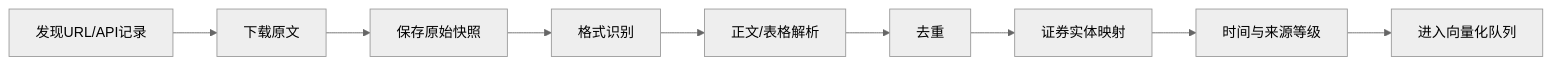
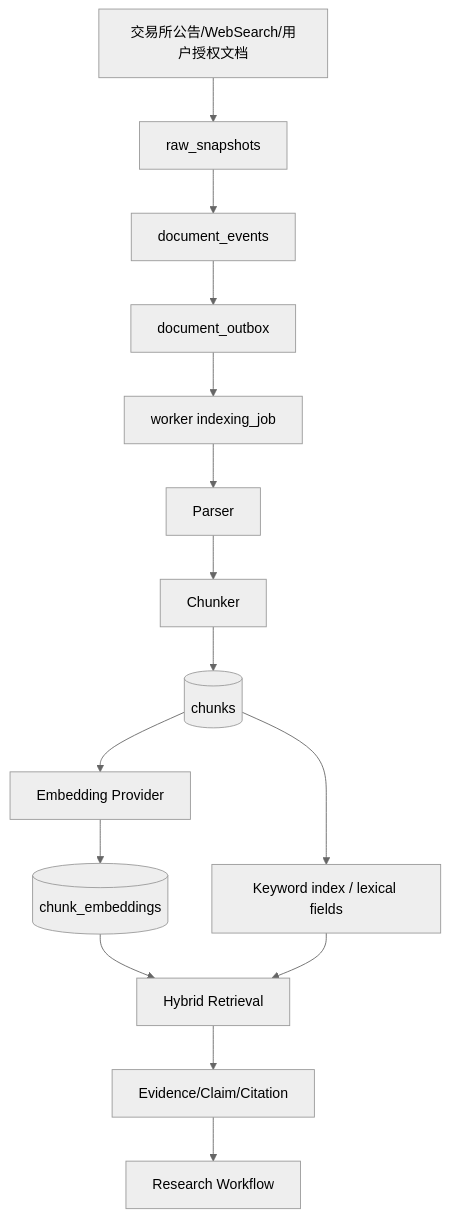
One commit to RickyW0529/Margin changed the sixth of 10 diagrams in docs/design/v0.1/architecture/Margin_架构设计_v0.1_中文.md. Above: the diagram before and after it, drawn with Mermaid (neutral theme). The commit also changed other lines of this file and 171 other files, not shown here.

````diff
--- a/docs/design/v0.1/architecture/Margin_架构设计_v0.1_中文.md
+++ b/docs/design/v0.1/architecture/Margin_架构设计_v0.1_中文.md
@@ -326,11 +321,17 @@
 ```mermaid
-flowchart LR
-    A[发现URL/API记录] --> B[下载原文]
-    B --> C[保存原始快照]
-    C --> D[格式识别]
-    D --> E[正文/表格解析]
-    E --> F[去重]
-    F --> G[证券实体映射]
-    G --> H[时间与来源等级]
-    H --> I[进入向量化队列]
+flowchart TD
+    Source[交易所公告/WebSearch/用户授权文档] --> Snapshot[raw_snapshots]
+    Snapshot --> Event[document_events]
+    Event --> Outbox[document_outbox]
+    Outbox --> Worker[worker indexing_job]
+    Worker --> Parser[Parser]
+    Parser --> Chunker[Chunker]
+    Chunker --> Chunks[(chunks)]
+    Chunks --> Embedding[Embedding Provider]
+    Embedding --> ChunkEmbeddings[(chunk_embeddings)]
+    Chunks --> Keyword[Keyword index / lexical fields]
+    ChunkEmbeddings --> Retrieval[Hybrid Retrieval]
+    Keyword --> Retrieval
+    Retrieval --> Evidence[Evidence/Claim/Citation]
+    Evidence --> Research[Research Workflow]
 ```
````
